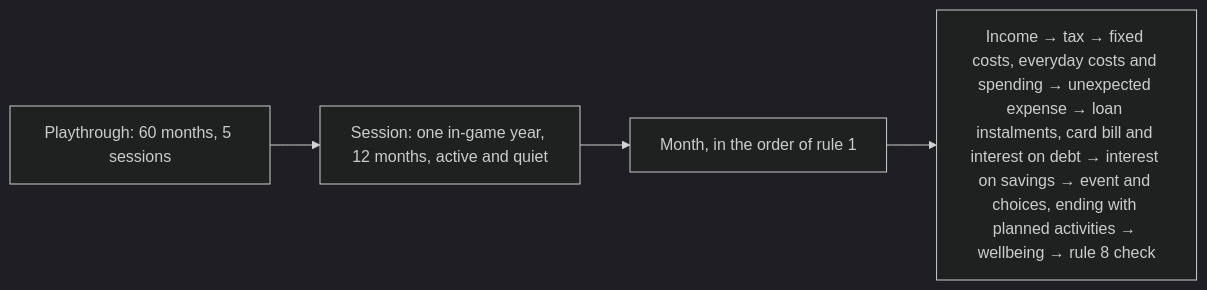
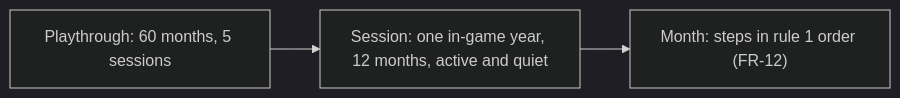
Before and after one commit to IBE160-2026/G13-dahl-eggen-naess-ring: the first of 2 diagrams in .docs/planning-artifacts/prds/prd-IBE160-G13-2026-10-22/prd.md, drawn with Mermaid (dark theme). The commit also changed other lines of this file and 6 other files, not shown here.

````diff
--- a/.docs/planning-artifacts/prds/prd-IBE160-G13-2026-10-22/prd.md
+++ b/.docs/planning-artifacts/prds/prd-IBE160-G13-2026-10-22/prd.md
@@ -568,6 +575,5 @@
 ```mermaid
 flowchart LR
     P["Playthrough: 60 months, 5 sessions"] --> S["Session: one in-game year, 12 months, active and quiet"]
-    S --> M["Month, in the order of rule 1"]
-    M --> O["Income → tax → fixed costs, everyday costs and spending → unexpected expense → loan instalments, card bill and interest on debt → interest on savings → event and choices, ending with planned activities → wellbeing → rule 8 check"]
+    S --> M["Month: steps in rule 1 order (FR-12)"]
 ```
````
